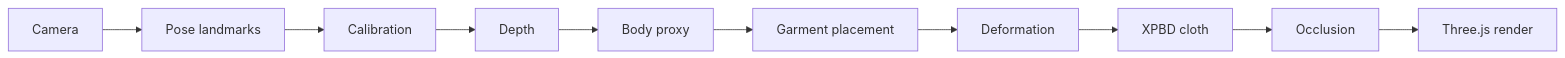
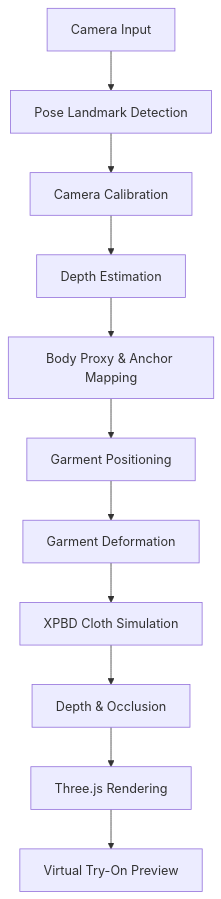
Before and after one commit to Soham-Pasalkar/Drape: the second of 2 diagrams in README.md, drawn with Mermaid. The commit also changed other lines of this file, not shown here.

````diff
--- a/README.md
+++ b/README.md
@@ -164,5 +219,13 @@
 ```mermaid
-flowchart LR
-    A["Camera"] --> B["Pose landmarks"] --> C["Calibration"] --> D["Depth"] --> E["Body proxy"]
-    E --> F["Garment placement"] --> G["Deformation"] --> H["XPBD cloth"] --> I["Occlusion"] --> J["Three.js render"]
+flowchart TD
+    A["Camera Input"] --> B["Pose Landmark Detection"]
+    B --> C["Camera Calibration"]
+    C --> D["Depth Estimation"]
+    D --> E["Body Proxy & Anchor Mapping"]
+    E --> F["Garment Positioning"]
+    F --> G["Garment Deformation"]
+    G --> H["XPBD Cloth Simulation"]
+    H --> I["Depth & Occlusion"]
+    I --> J["Three.js Rendering"]
+    J --> K["Virtual Try-On Preview"]
 ```
````
